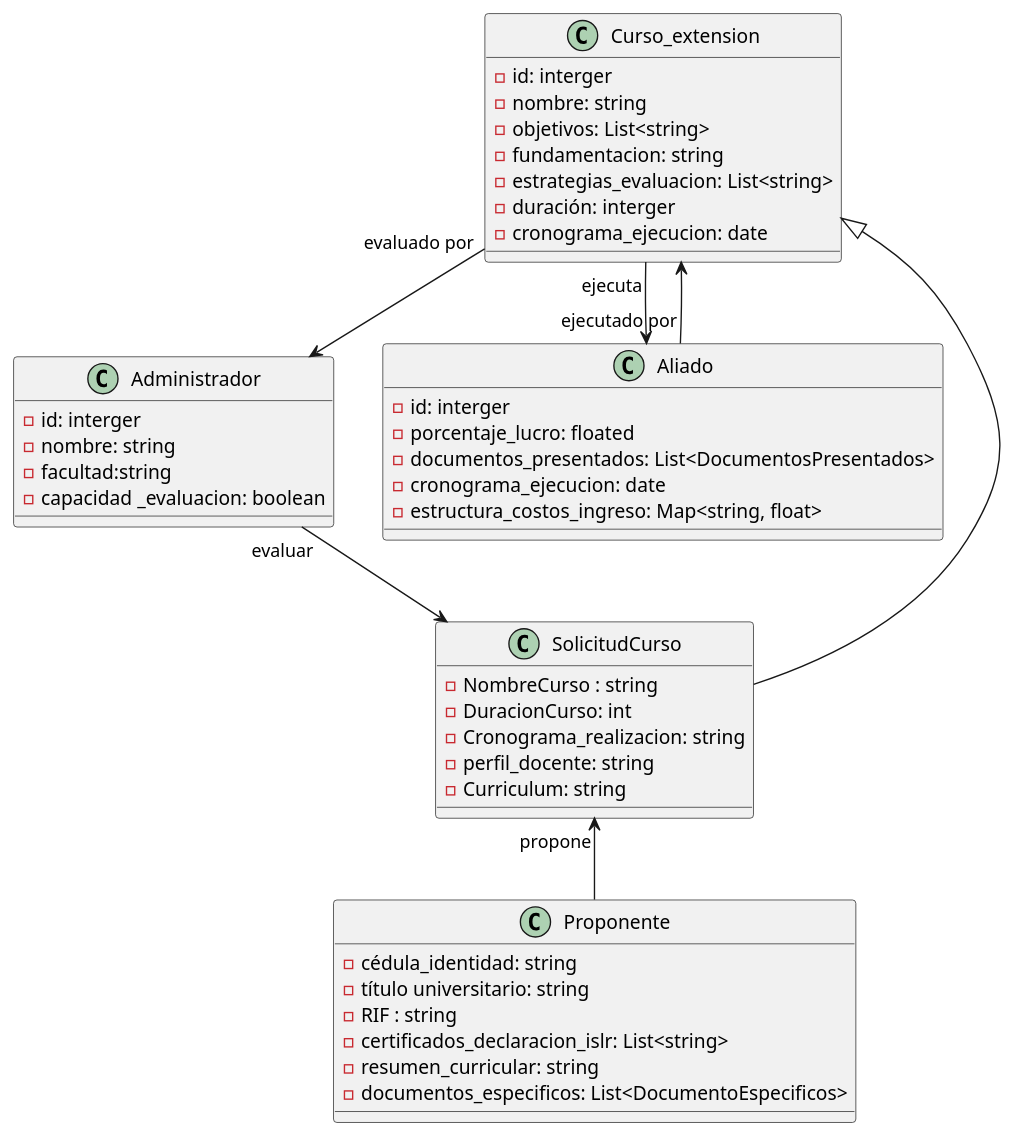
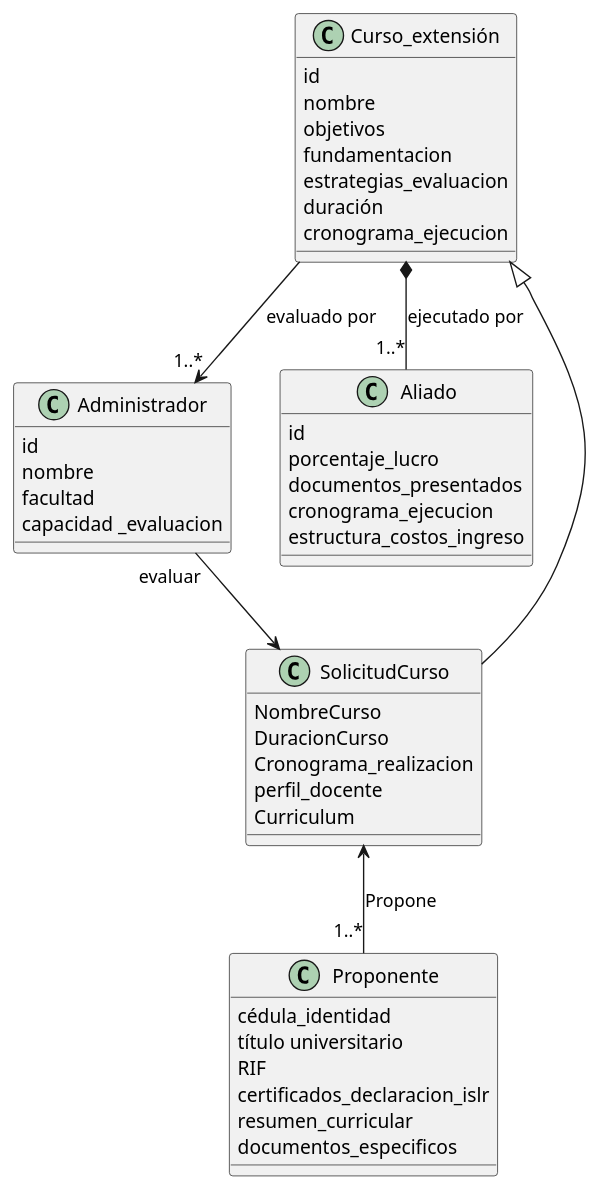
One commit to JD1714/Proyecto-IS-2024 changed the diagram in docs/scenariosView/esbozo_clases.plantuml. Above: the diagram before and after it, drawn with PlantUML.

Commit message:
Update esbozo_clases.plantuml
Actualización esbozo de clases-Correcciones

```diff
--- a/docs/scenariosView/esbozo_clases.plantuml
+++ b/docs/scenariosView/esbozo_clases.plantuml
@@ -1,67 +1,67 @@
 @startuml Reto07
 /'Crear una primera versión de diagrama de clases del modelo del dominio del proyecto. Para lograr esto puede seguir los siguientes pasos:
 1.Listar a lo sumo cuatro (4) clases conceptuales candidatas
 2.Representarlas en un diagrama de clases
 3.Añadir las asociaciones necesarias para registrar las relaciones importantes
 4.Añadir los atributos necesarios para satisfacer los requisitos de información
 
 Para identificar las clases conceptuales puede utilizar alguna de las siguientes técnicas:
 1.Descripción Informal
 2.Análisis clásico
 3.Análisis del Dominio
 '/
 /'Clases conceptuales: 
 Curso de extensión: solución propuesta por la DEU, siendo estas formaciones especiales de interés general dirigidos a la ampliación del conocimiento técnico y profesional, de habilidades u oficios y hasta para el crecimiento cultural, social y personal, no conducente al reconocimiento de créditos académicos.
 Proponente: Persona natural o jurídica la cual puede proponer cursos de extensión 
 Administrador:  Representa a la DEU o a la coordinación de extensión de Facultad quienes evalúan y aprueban el curso de extensión.
 Aliado: puede proponer y ejecutar varios cursos de extensión.
 Solicitud Curso: solicitud del curso propuesto por el proponente y evaluado por el administrador
 '/
-class Curso_extension{
-- id: interger
-- nombre: string
-- objetivos: List<string>
-- fundamentacion: string
-- estrategias_evaluacion: List<string>
-- duración: interger
-- cronograma_ejecucion: date
+class Curso_extensión{
+id
+nombre
+objetivos
+fundamentacion
+estrategias_evaluacion
+duración
+cronograma_ejecucion
 }
 
 class Proponente {
-- cédula_identidad: string
-- título universitario: string
-- RIF : string
-- certificados_declaracion_islr: List<string>
-- resumen_curricular: string
-- documentos_especificos: List<DocumentoEspecificos>
+cédula_identidad
+título universitario
+RIF
+certificados_declaracion_islr
+resumen_curricular
+documentos_especificos
 }
 
 class Administrador {
-- id: interger
-- nombre: string
-- facultad:string
-- capacidad _evaluacion: boolean
+id
+nombre
+facultad
+capacidad _evaluacion
 }
 
 class Aliado {
-- id: interger
-- porcentaje_lucro: floated
-- documentos_presentados: List<DocumentosPresentados>
-- cronograma_ejecucion: date
-- estructura_costos_ingreso: Map<string, float>
+id
+porcentaje_lucro
+documentos_presentados
+cronograma_ejecucion
+estructura_costos_ingreso
 }
 
 class SolicitudCurso{
--NombreCurso : string
--DuracionCurso: int
--Cronograma_realizacion: string
--perfil_docente: string
--Curriculum: string
+NombreCurso
+DuracionCurso
+Cronograma_realizacion
+perfil_docente
+Curriculum
 }
-SolicitudCurso "propone"<-- Proponente
-Administrador "evaluar"--> SolicitudCurso
-Curso_extension "evaluado por" --> Administrador
-Curso_extension "ejecuta" --> Aliado
-Aliado "ejecutado por"--> Curso_extension
-SolicitudCurso --|> Curso_extension
+
+SolicitudCurso <--"1..*" Proponente : Propone
+Administrador "evaluar"-->SolicitudCurso
+Curso_extensión -->"1..*" Administrador: evaluado por
+Curso_extensión  *-- "1..*" Aliado : ejecutado por
+SolicitudCurso --|> Curso_extensión
 @enduml
```
